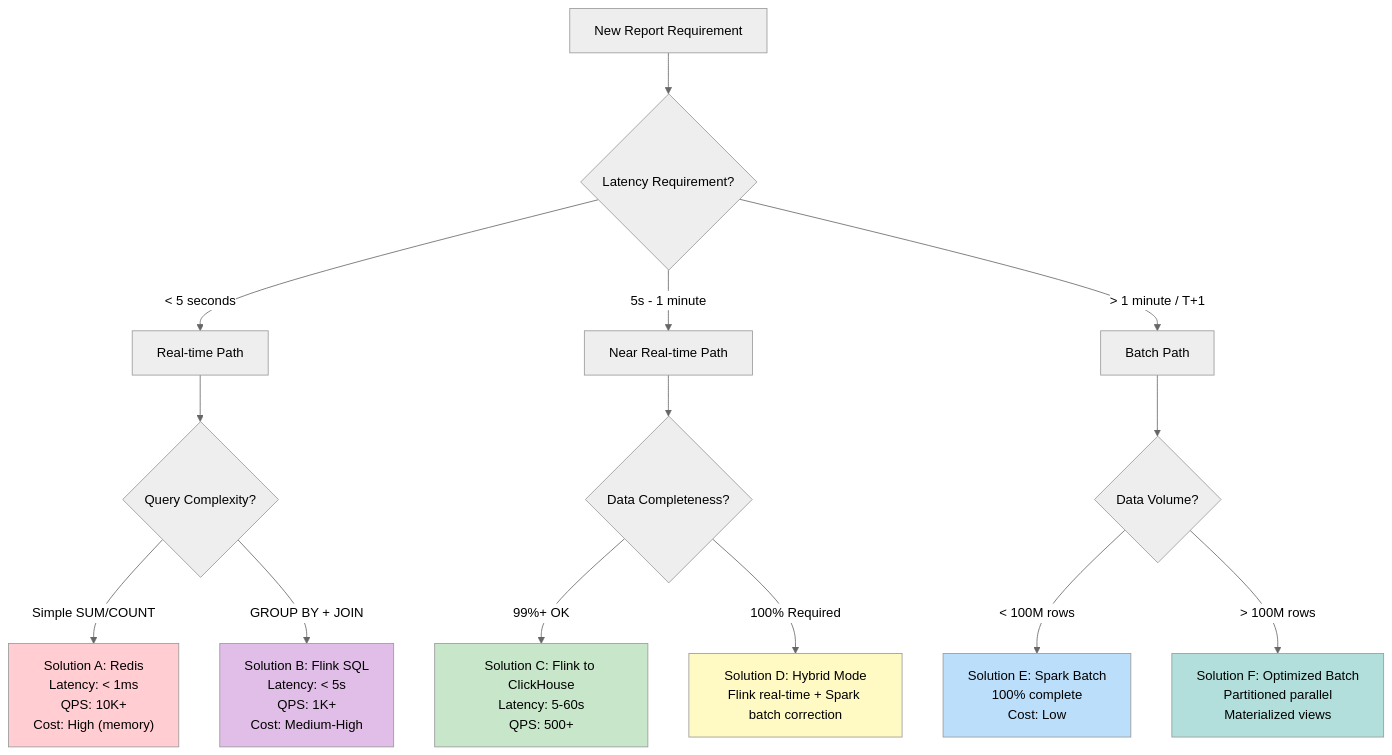
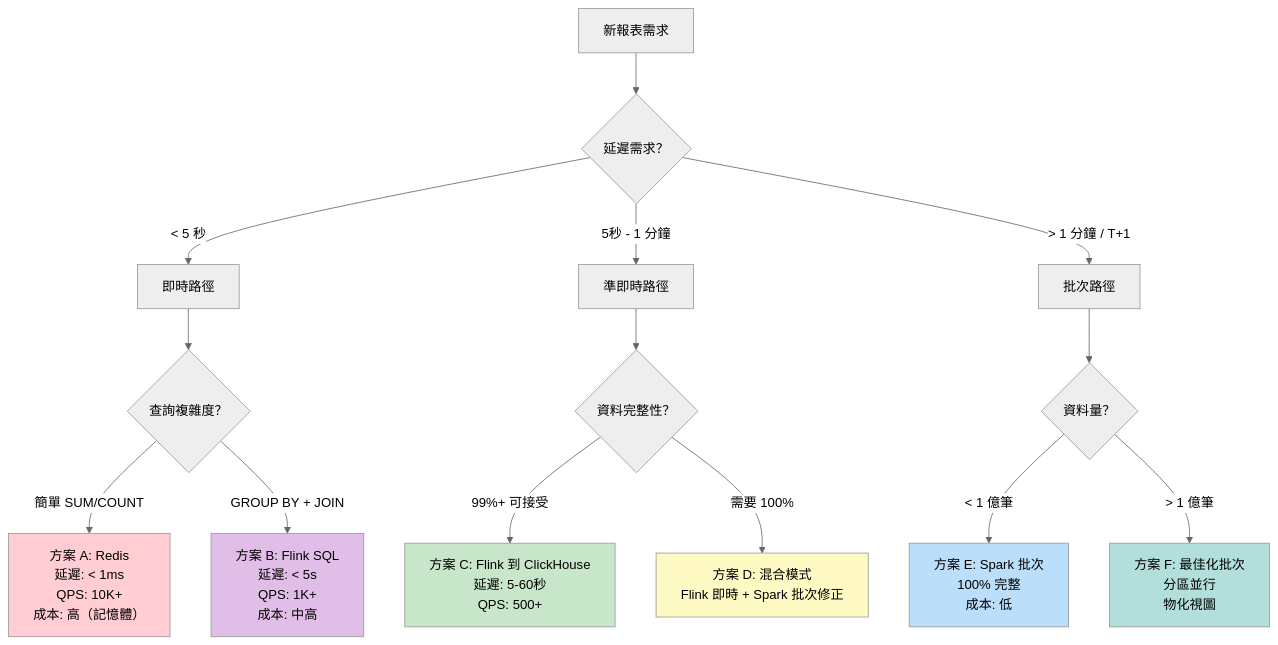
The third of 3 diagrams in docs/iGaming/architecture/08_Analytics_Service/BI_Dashboard_Architecture.md (ron03wlb/smart-admin), drawn with Mermaid (neutral theme) before and after one commit. The commit also changed other lines of this file and 4 other files, not shown here.

````diff
--- a/docs/iGaming/architecture/08_Analytics_Service/BI_Dashboard_Architecture.md
+++ b/docs/iGaming/architecture/08_Analytics_Service/BI_Dashboard_Architecture.md
@@ -124,27 +124,27 @@
 ```mermaid
 flowchart TD
-    START[New Report Requirement] --> LATENCY{Latency Requirement?}
+    START[新報表需求] --> LATENCY{延遲需求？}
 
-    LATENCY -->|< 5 seconds| RT[Real-time Path]
-    LATENCY -->|5s - 1 minute| NRT[Near Real-time Path]
-    LATENCY -->|> 1 minute / T+1| BATCH[Batch Path]
+    LATENCY -->|< 5 秒| RT[即時路徑]
+    LATENCY -->|5秒 - 1 分鐘| NRT[準即時路徑]
+    LATENCY -->|> 1 分鐘 / T+1| BATCH[批次路徑]
 
-    RT --> RT_COMPLEX{Query Complexity?}
-    RT_COMPLEX -->|Simple SUM/COUNT| RT_REDIS["Solution A: Redis<br/>Latency: < 1ms<br/>QPS: 10K+<br/>Cost: High (memory)"]
-    RT_COMPLEX -->|GROUP BY + JOIN| RT_FLINK["Solution B: Flink SQL<br/>Latency: < 5s<br/>QPS: 1K+<br/>Cost: Medium-High"]
+    RT --> RT_COMPLEX{查詢複雜度？}
+    RT_COMPLEX -->|簡單 SUM/COUNT| RT_REDIS["方案 A: Redis<br/>延遲: < 1ms<br/>QPS: 10K+<br/>成本: 高（記憶體）"]
+    RT_COMPLEX -->|GROUP BY + JOIN| RT_FLINK["方案 B: Flink SQL<br/>延遲: < 5s<br/>QPS: 1K+<br/>成本: 中高"]
 
-    NRT --> NRT_COMPLETE{Data Completeness?}
-    NRT_COMPLETE -->|99%+ OK| NRT_STREAM["Solution C: Flink to ClickHouse<br/>Latency: 5-60s<br/>QPS: 500+"]
-    NRT_COMPLETE -->|100% Required| NRT_HYBRID["Solution D: Hybrid Mode<br/>Flink real-time + Spark batch correction"]
+    NRT --> NRT_COMPLETE{資料完整性？}
+    NRT_COMPLETE -->|99%+ 可接受| NRT_STREAM["方案 C: Flink 到 ClickHouse<br/>延遲: 5-60秒<br/>QPS: 500+"]
+    NRT_COMPLETE -->|需要 100%| NRT_HYBRID["方案 D: 混合模式<br/>Flink 即時 + Spark 批次修正"]
 
-    BATCH --> BATCH_VOL{Data Volume?}
-    BATCH_VOL -->|< 100M rows| BATCH_SPARK["Solution E: Spark Batch<br/>100% complete<br/>Cost: Low"]
-    BATCH_VOL -->|> 100M rows| BATCH_OPT["Solution F: Optimized Batch<br/>Partitioned parallel<br/>Materialized views"]
+    BATCH --> BATCH_VOL{資料量？}
+    BATCH_VOL -->|< 1 億筆| BATCH_SPARK["方案 E: Spark 批次<br/>100% 完整<br/>成本: 低"]
+    BATCH_VOL -->|> 1 億筆| BATCH_OPT["方案 F: 最佳化批次<br/>分區並行<br/>物化視圖"]
 
     style RT_REDIS fill:#FFCDD2
     style RT_FLINK fill:#E1BEE7
     style NRT_STREAM fill:#C8E6C9
     style NRT_HYBRID fill:#FFF9C4
     style BATCH_SPARK fill:#BBDEFB
     style BATCH_OPT fill:#B2DFDB
 ```
````
